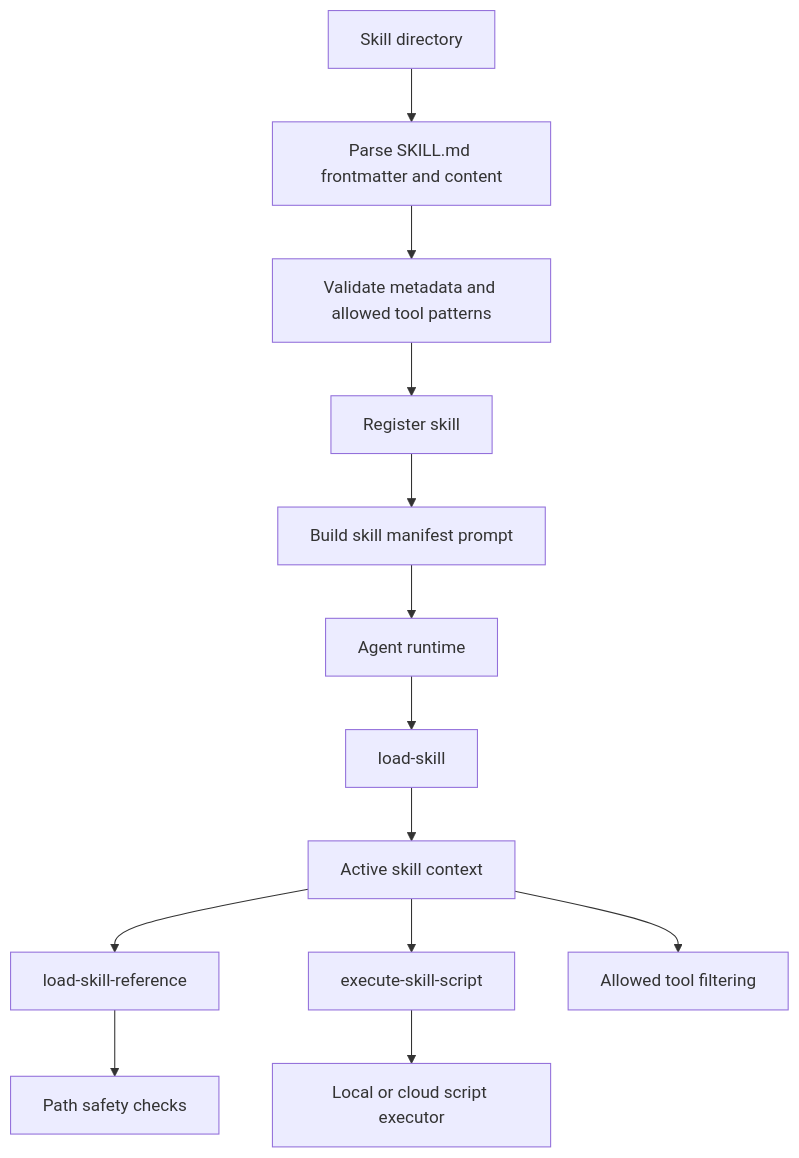
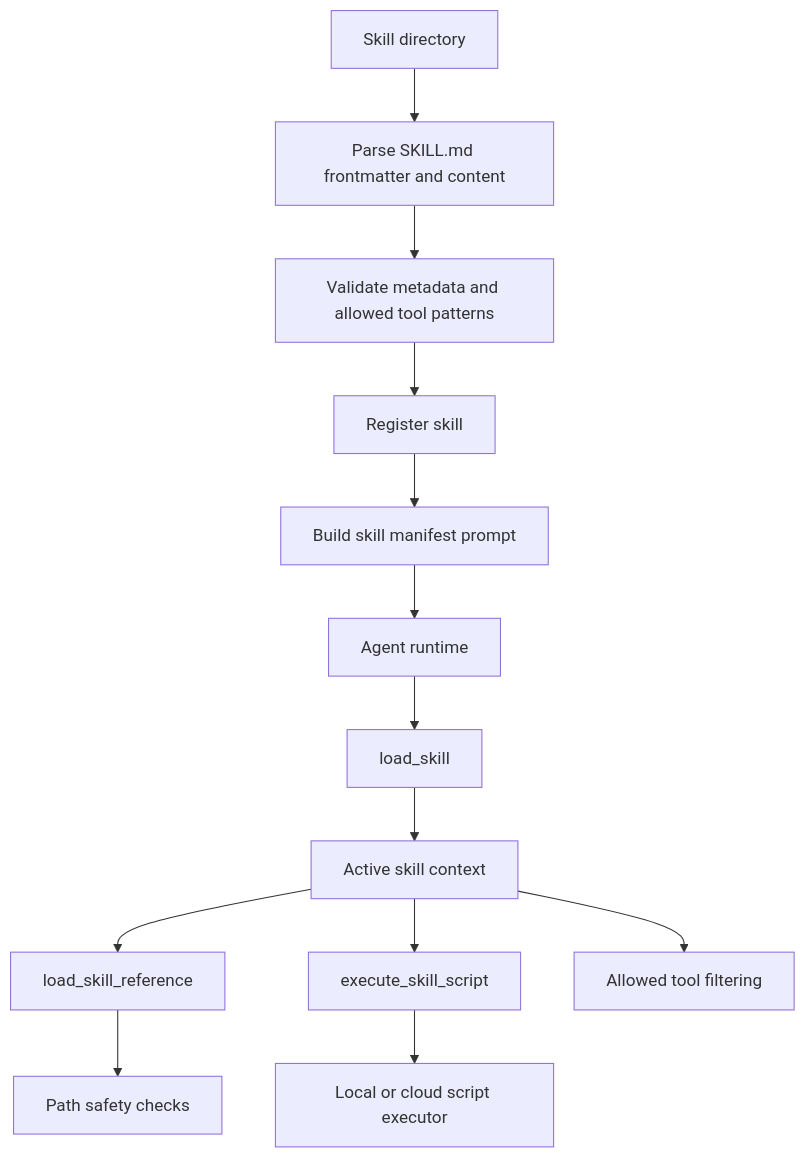
One commit to veryfront/veryfront-code changed the third of 3 diagrams in docs/architecture/05-agent-runtime.md. Above: the diagram before and after it, drawn with Mermaid. The commit also changed 62 other files, not shown here.

````diff
--- a/docs/architecture/05-agent-runtime.md
+++ b/docs/architecture/05-agent-runtime.md
@@ -117,15 +117,15 @@
 ```mermaid
 flowchart TD
   skillDir[Skill directory] --> parse[Parse SKILL.md frontmatter and content]
   parse --> validate[Validate metadata and allowed tool patterns]
   validate --> registry[Register skill]
   registry --> manifest[Build skill manifest prompt]
   manifest --> agent[Agent runtime]
-  agent --> load[load-skill]
+  agent --> load[load_skill]
   load --> active[Active skill context]
-  active --> reference[load-skill-reference]
-  active --> script[execute-skill-script]
+  active --> reference[load_skill_reference]
+  active --> script[execute_skill_script]
   active --> filter[Allowed tool filtering]
   reference --> safety[Path safety checks]
   script --> executor[Local or cloud script executor]
 ```
````
